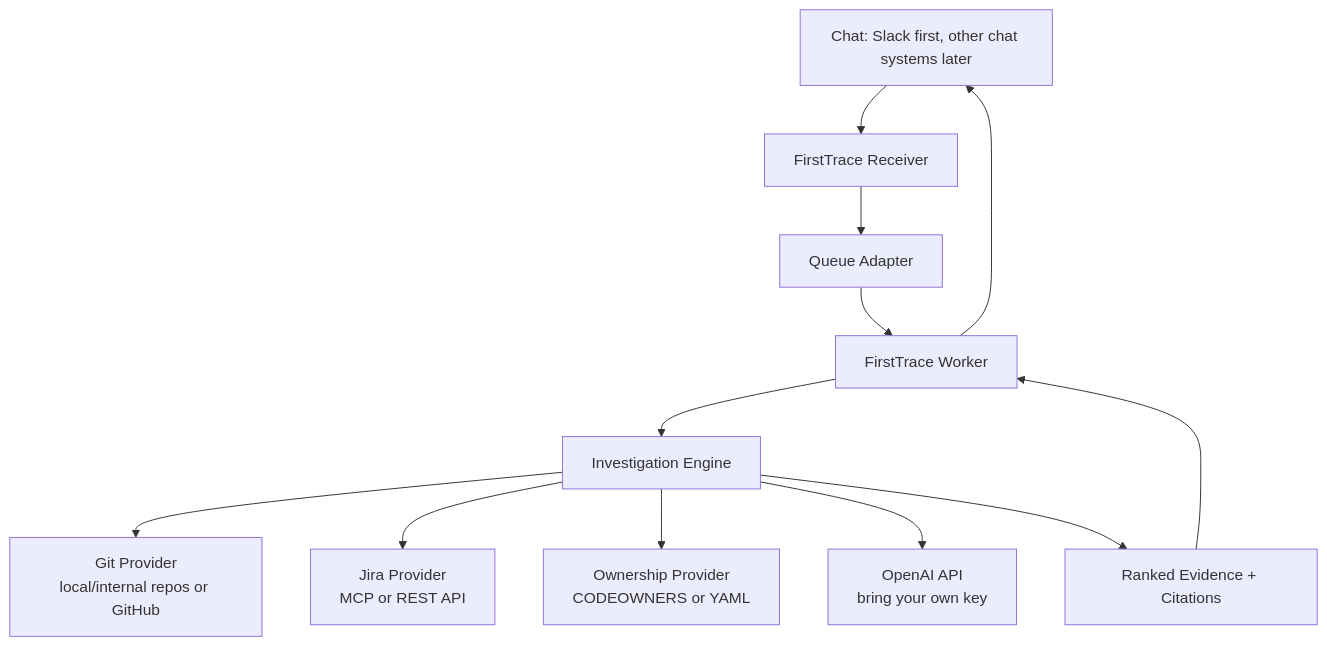
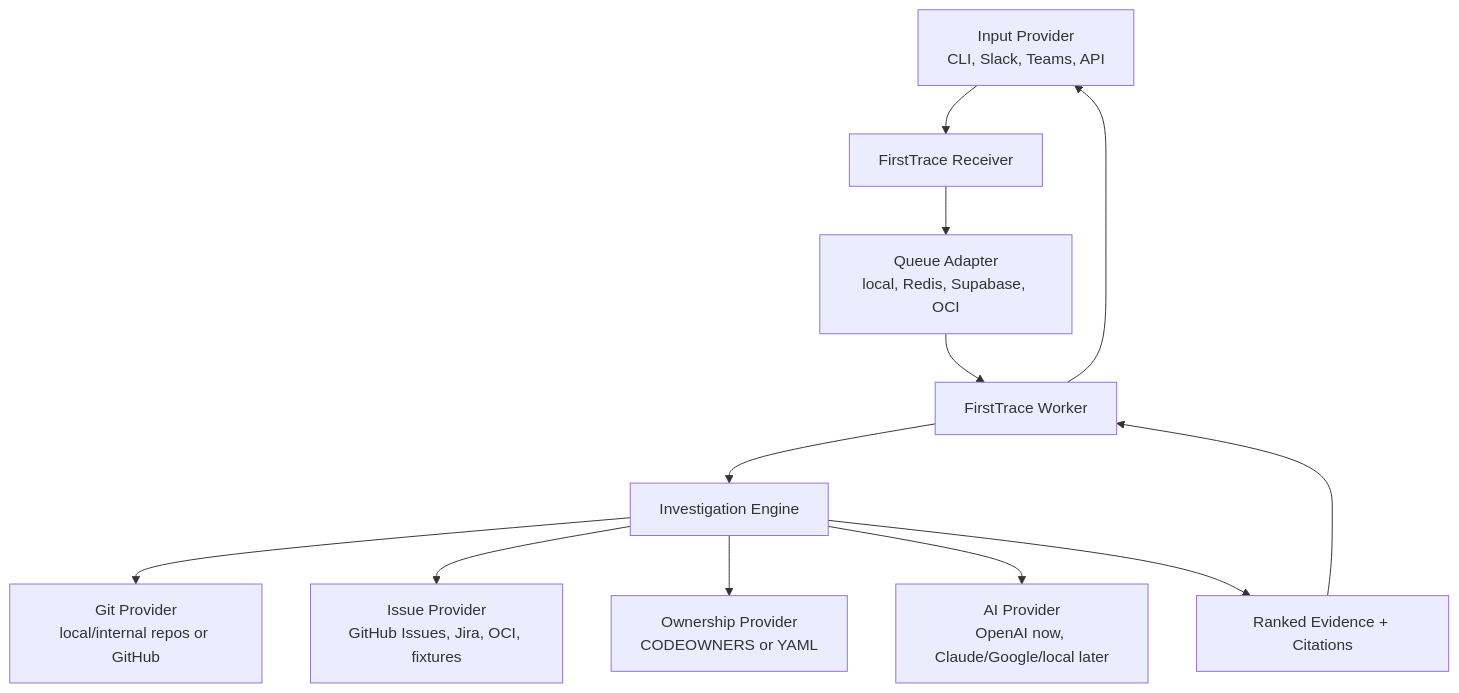
The diagram in README.md (temaus91/firsttrace), drawn with Mermaid before and after one commit. The commit also changed other lines of this file and 16 other files, not shown here.

Commit message:
Implement OpenAI reasoner for local CLI

````diff
--- a/README.md
+++ b/README.md
@@ -67,16 +68,16 @@
 ```mermaid
 flowchart TD
-  Chat["Chat: Slack first, other chat systems later"] --> Receiver["FirstTrace Receiver"]
-  Receiver --> Queue["Queue Adapter"]
+  Chat["Input Provider<br/>CLI, Slack, Teams, API"] --> Receiver["FirstTrace Receiver"]
+  Receiver --> Queue["Queue Adapter<br/>local, Redis, Supabase, OCI"]
   Queue --> Worker["FirstTrace Worker"]
 
   Worker --> Agent["Investigation Engine"]
   Agent --> Git["Git Provider<br/>local/internal repos or GitHub"]
-  Agent --> Jira["Jira Provider<br/>MCP or REST API"]
+  Agent --> Issues["Issue Provider<br/>GitHub Issues, Jira, OCI, fixtures"]
   Agent --> Owners["Ownership Provider<br/>CODEOWNERS or YAML"]
-  Agent --> OpenAI["OpenAI API<br/>bring your own key"]
+  Agent --> AI["AI Provider<br/>OpenAI now, Claude/Google/local later"]
 
   Agent --> Evidence["Ranked Evidence + Citations"]
   Evidence --> Worker
   Worker --> Chat
 ```
````
